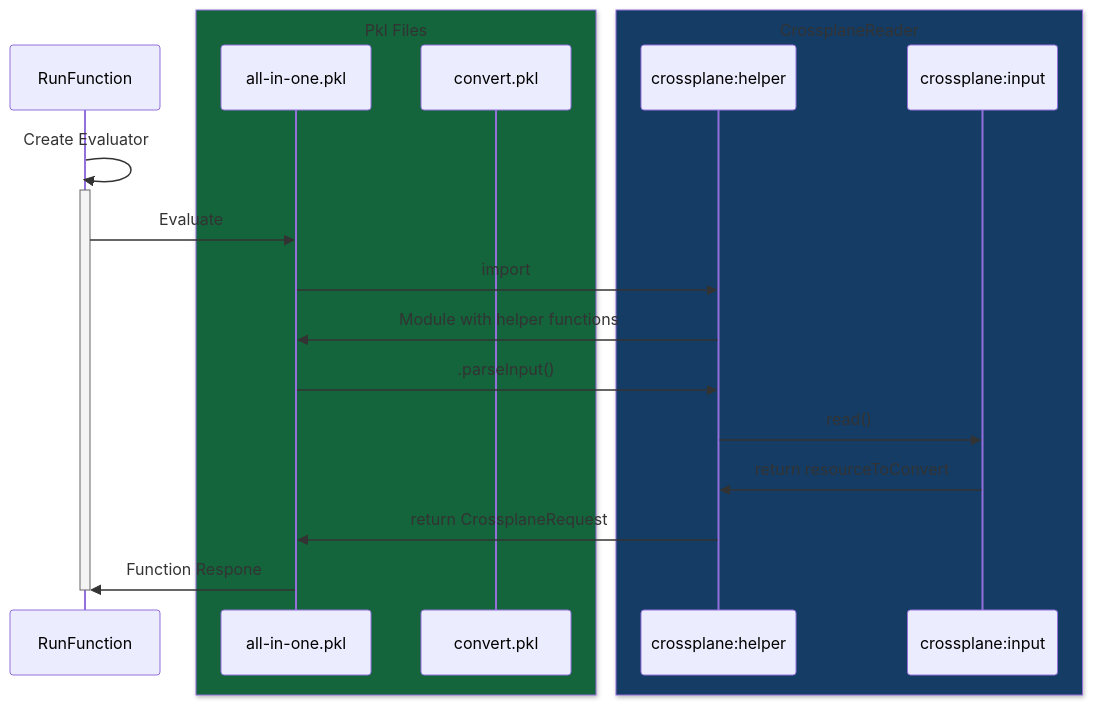
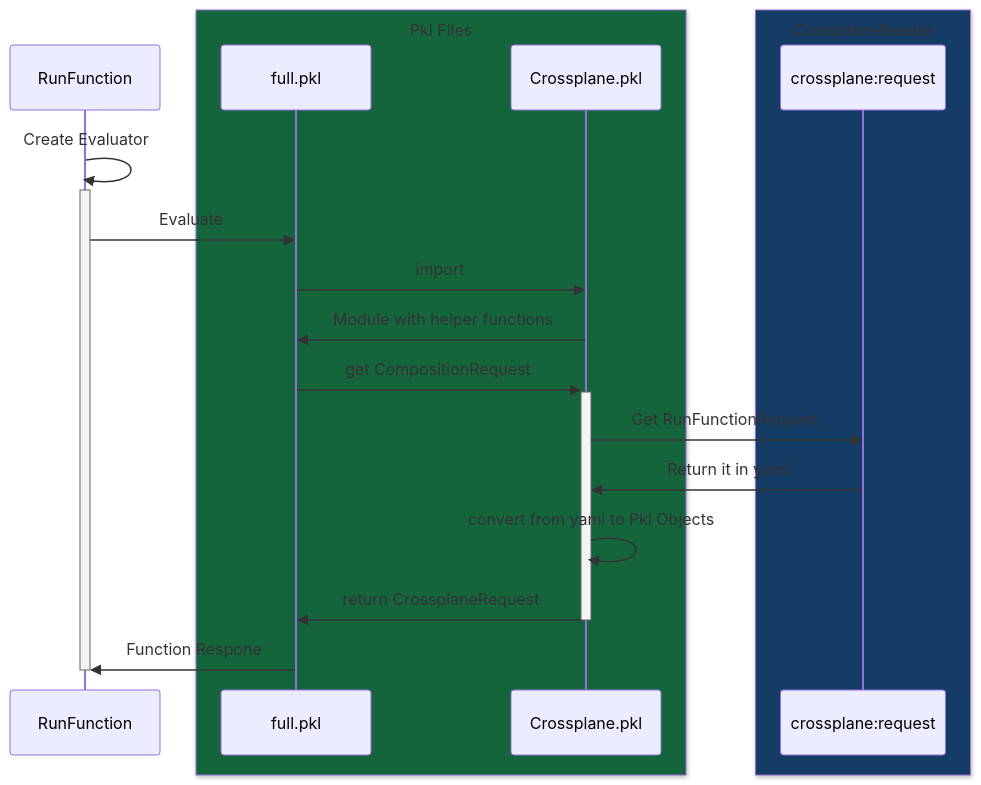
The diagram in README.md (crossplane-contrib/function-pkl), drawn with Mermaid before and after one commit. The commit also changed 4 other files, not shown here.

Commit message:
replace crossplane:input with crossplane:request

````diff
--- a/README.md
+++ b/README.md
@@ -47,26 +47,24 @@
 ```mermaid
 sequenceDiagram
     participant fun as RunFunction
     box rgb(20, 100, 60) Pkl Files
-        participant all.pkl as all-in-one.pkl
-        participant c.pkl as convert.pkl
+        participant full.pkl as full.pkl
+        participant c.pkl as Crossplane.pkl
     end
     box rgb(20,60,100) CrossplaneReader
-        participant c.h as crossplane:helper
-        participant c.i as crossplane:input
-    %%        participant c.p as crossplane:package
-    %%        participant c.r as crossplane:request
+        participant c.r as crossplane:request
     end
 
     fun->>fun: Create Evaluator
     activate fun
-    fun->>all.pkl: Evaluate
-    all.pkl->>c.h: import
-    c.h->>all.pkl: Module with helper functions
-    all.pkl->>c.h: .parseInput()
-    c.h->>c.i: read()
-    c.i->>c.h: return resourceToConvert
-    c.h->>all.pkl: return CrossplaneRequest
-    all.pkl->>fun: Function Respone
+    fun->>full.pkl: Evaluate
+    full.pkl->>c.pkl: import
+    c.pkl->>full.pkl: Module with helper functions
+    full.pkl->>+c.pkl: get CompositionRequest
+        c.pkl->>c.r: Get RunFunctionRequest
+        c.r->>c.pkl: Return it in yaml
+        c.pkl->>c.pkl: convert from yaml to Pkl Objects
+    c.pkl->>-full.pkl: return CrossplaneRequest
+    full.pkl->>fun: Function Respone
     deactivate fun
 ```
````
